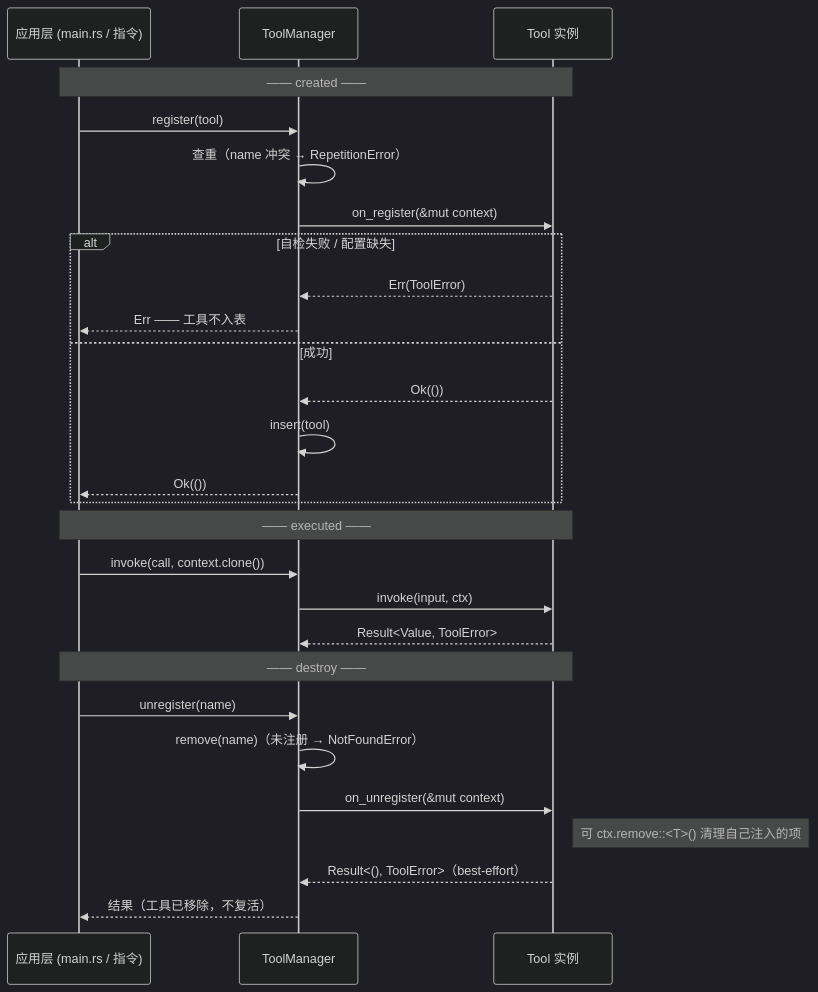
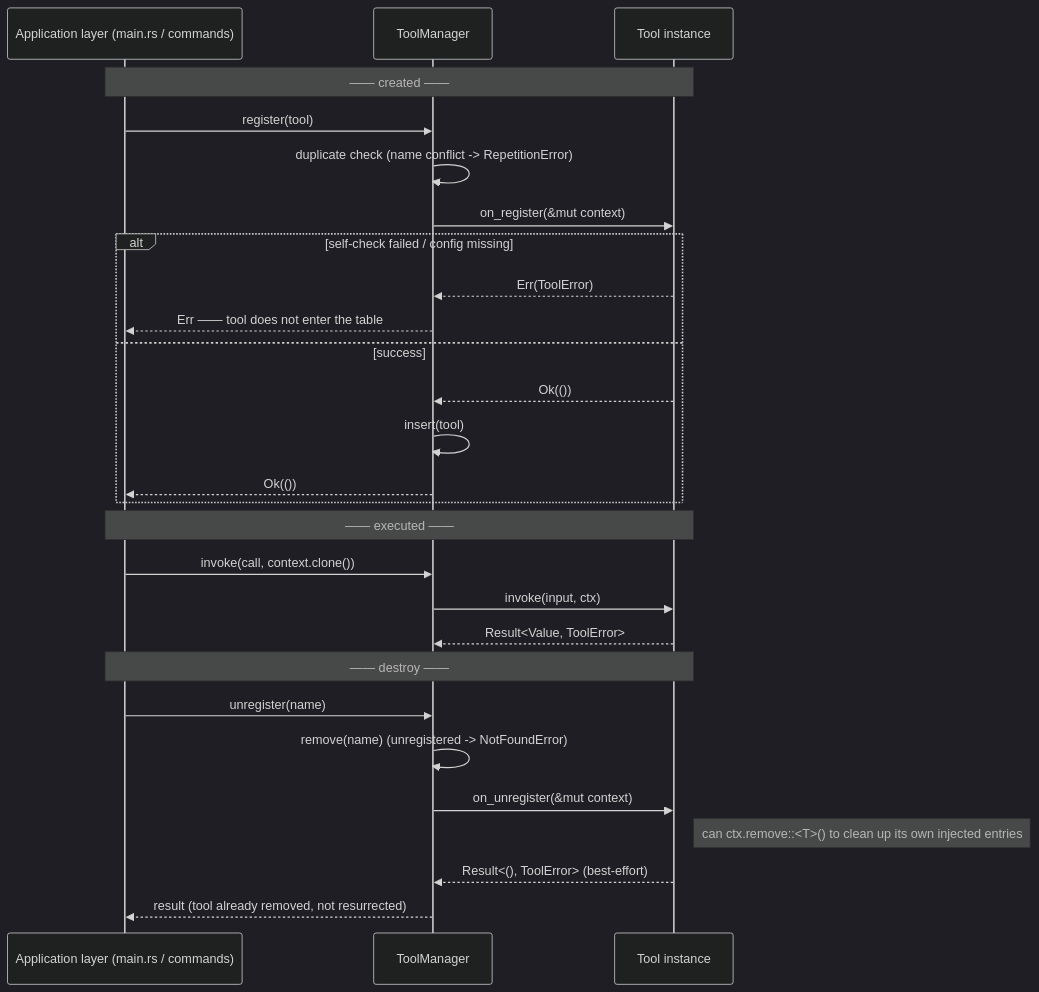
The diagram in docs/tool-lifecycle.md (Seann0824/Shirley), drawn with Mermaid (dark theme) before and after one commit. The commit also changed other lines of this file and 131 other files, not shown here.

````diff
--- a/docs/tool-lifecycle.md
+++ b/docs/tool-lifecycle.md
@@ -231,32 +231,32 @@
 ```mermaid
 sequenceDiagram
-    participant App as 应用层 (main.rs / 指令)
+    participant App as Application layer (main.rs / commands)
     participant TM as ToolManager
-    participant Tool as Tool 实例
+    participant Tool as Tool instance
 
     Note over App,Tool: —— created ——
     App->>TM: register(tool)
-    TM->>TM: 查重（name 冲突 → RepetitionError）
+    TM->>TM: duplicate check (name conflict -> RepetitionError)
     TM->>Tool: on_register(&mut context)
-    alt 自检失败 / 配置缺失
+    alt self-check failed / config missing
         Tool-->>TM: Err(ToolError)
-        TM-->>App: Err —— 工具不入表
-    else 成功
+        TM-->>App: Err —— tool does not enter the table
+    else success
         Tool-->>TM: Ok(())
         TM->>TM: insert(tool)
         TM-->>App: Ok(())
     end
 
     Note over App,Tool: —— executed ——
     App->>TM: invoke(call, context.clone())
     TM->>Tool: invoke(input, ctx)
     Tool-->>TM: Result<Value, ToolError>
 
     Note over App,Tool: —— destroy ——
     App->>TM: unregister(name)
-    TM->>TM: remove(name)（未注册 → NotFoundError）
+    TM->>TM: remove(name) (unregistered -> NotFoundError)
     TM->>Tool: on_unregister(&mut context)
-    Note right of Tool: 可 ctx.remove::<T>() 清理自己注入的项
-    Tool-->>TM: Result<(), ToolError>（best-effort）
-    TM-->>App: 结果（工具已移除，不复活）
+    Note right of Tool: can ctx.remove::<T>() to clean up its own injected entries
+    Tool-->>TM: Result<(), ToolError> (best-effort)
+    TM-->>App: result (tool already removed, not resurrected)
 ```
````
